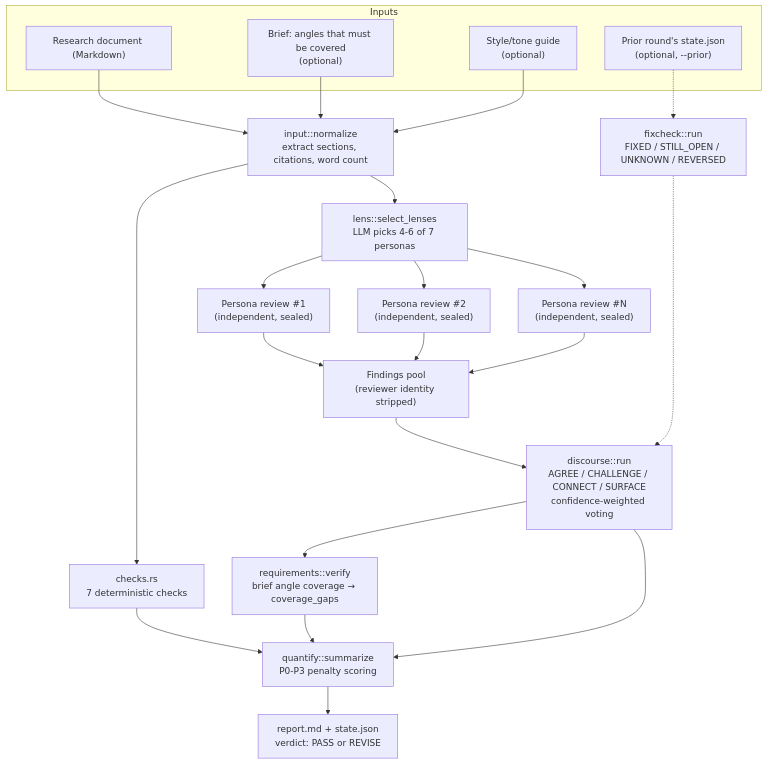
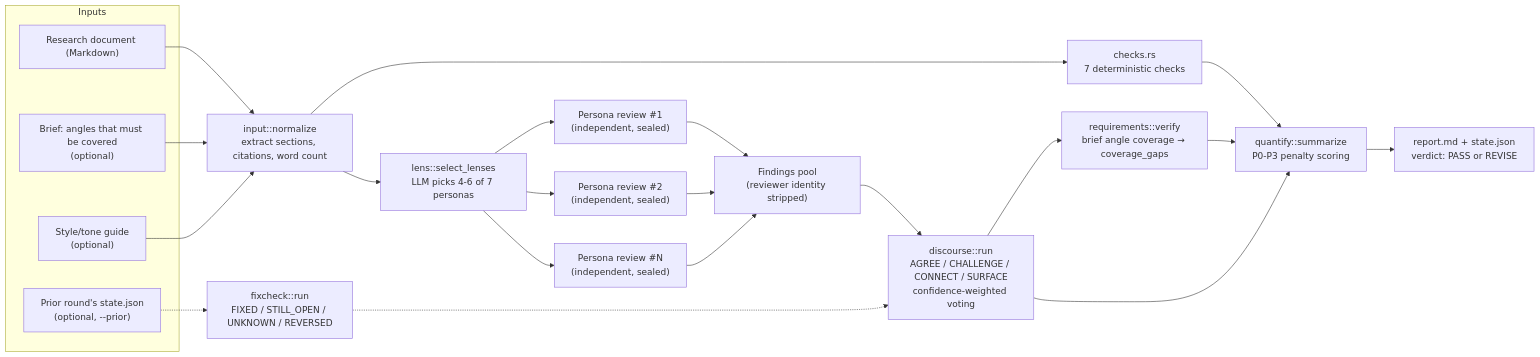
One commit to Loop-Suite/research-loop changed the first of 5 diagrams in README.md. Above: the diagram before and after it, drawn with Mermaid. The commit also changed other lines of this file, not shown here.

First line of the commit message:
docs: switch flowchart/graph diagrams to horizontal (LR)

````diff
--- a/README.md
+++ b/README.md
@@ -26,35 +26,35 @@
 ```mermaid
-flowchart TD
+flowchart LR
     subgraph Inputs
         DOC["Research document (Markdown)"]
         BRIEF["Brief: angles that must be covered<br/>(optional)"]
         STYLE["Style/tone guide<br/>(optional)"]
         PRIOR["Prior round's state.json<br/>(optional, --prior)"]
     end
 
     DOC --> NORM["input::normalize<br/>extract sections, citations, word count"]
     BRIEF --> NORM
     STYLE --> NORM
 
     NORM --> CHECKS["checks.rs<br/>7 deterministic checks"]
     NORM --> SELECT["lens::select_lenses<br/>LLM picks 4-6 of 7 personas"]
 
     SELECT --> REV1["Persona review #1<br/>(independent, sealed)"]
     SELECT --> REV2["Persona review #2<br/>(independent, sealed)"]
     SELECT --> REVN["Persona review #N<br/>(independent, sealed)"]
 
     REV1 --> POOL["Findings pool<br/>(reviewer identity stripped)"]
     REV2 --> POOL
     REVN --> POOL
 
     POOL --> DISCOURSE["discourse::run<br/>AGREE / CHALLENGE / CONNECT / SURFACE<br/>confidence-weighted voting"]
     PRIOR -.-> FIXCHECK["fixcheck::run<br/>FIXED / STILL_OPEN / UNKNOWN / REVERSED"]
     FIXCHECK -.-> DISCOURSE
 
     DISCOURSE --> COVERAGE["requirements::verify<br/>brief angle coverage → coverage_gaps"]
     CHECKS --> QUANT["quantify::summarize<br/>P0-P3 penalty scoring"]
     COVERAGE --> QUANT
     DISCOURSE --> QUANT
 
     QUANT --> REPORT["report.md + state.json<br/>verdict: PASS or REVISE"]
 ```
````
